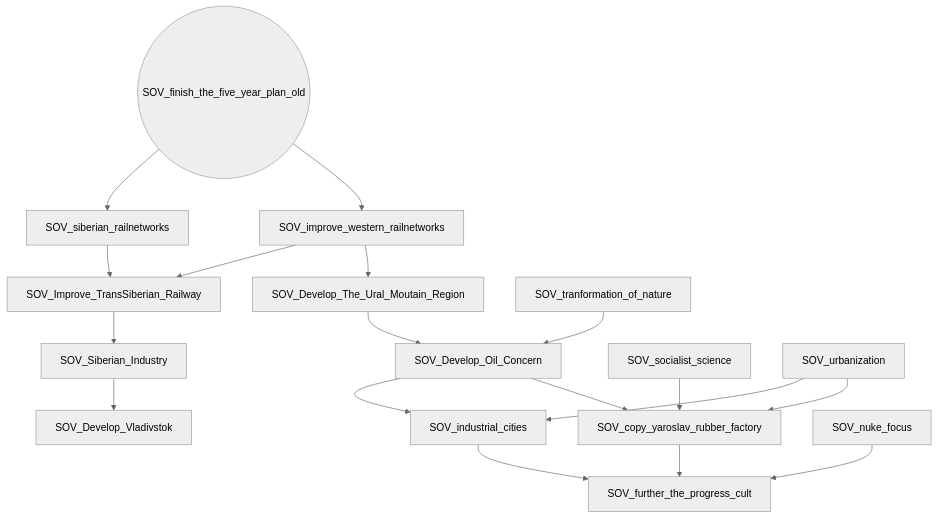
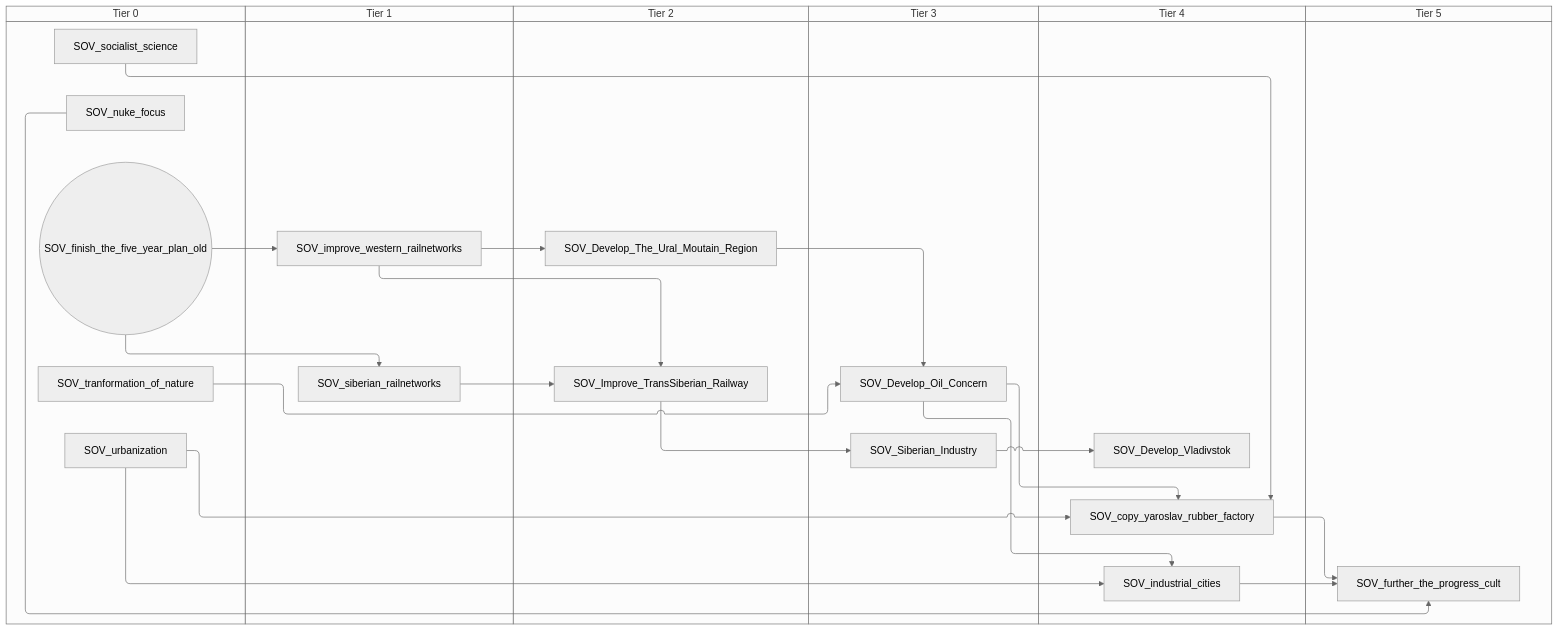
One commit to evgeny-sobol/hoi4-sandbox-mode-r56 changed the second of 10 diagrams in docs/gdd/National Focuses/soviet_old.md. Above: the diagram before and after it, drawn with Mermaid (neutral theme). The commit also changed other lines of this file and 423 other files, not shown here.

First line of the commit message:
Re-export Rt56 focus trees as swimlane diagrams

````diff
--- a/docs/gdd/National Focuses/soviet_old.md
+++ b/docs/gdd/National Focuses/soviet_old.md
@@ -42,35 +54,47 @@
 ```mermaid
-flowchart TD
-    n1["SOV_Develop_Oil_Concern"]
-    n16["SOV_Develop_The_Ural_Moutain_Region"]
-    n17["SOV_Develop_Vladivstok"]
-    n18["SOV_Improve_TransSiberian_Railway"]
-    n19["SOV_Siberian_Industry"]
-    n6["SOV_copy_yaroslav_rubber_factory"]
-    n20(("SOV_finish_the_five_year_plan_old"))
-    n7["SOV_further_the_progress_cult"]
-    n21["SOV_improve_western_railnetworks"]
-    n8["SOV_industrial_cities"]
-    n9["SOV_nuke_focus"]
-    n22["SOV_siberian_railnetworks"]
-    n12["SOV_socialist_science"]
-    n23["SOV_tranformation_of_nature"]
-    n13["SOV_urbanization"]
-    n23 --> n1
-    n16 --> n1
-    n21 --> n16
-    n19 --> n17
-    n21 --> n18
-    n22 --> n18
-    n18 --> n19
-    n12 --> n6
-    n13 --> n6
-    n1 --> n6
-    n8 --> n7
-    n9 --> n7
-    n6 --> n7
-    n20 --> n21
-    n13 --> n8
-    n1 --> n8
-    n20 --> n22
+swimlane-beta TD
+    subgraph tier_0["Tier 0"]
+        n16(("SOV_finish_the_five_year_plan_old"))
+        n14["SOV_nuke_focus"]
+        n11["SOV_socialist_science"]
+        n17["SOV_tranformation_of_nature"]
+        n4["SOV_urbanization"]
+    end
+    subgraph tier_1["Tier 1"]
+        n18["SOV_improve_western_railnetworks"]
+        n19["SOV_siberian_railnetworks"]
+    end
+    subgraph tier_2["Tier 2"]
+        n20["SOV_Develop_The_Ural_Moutain_Region"]
+        n21["SOV_Improve_TransSiberian_Railway"]
+    end
+    subgraph tier_3["Tier 3"]
+        n1["SOV_Develop_Oil_Concern"]
+        n22["SOV_Siberian_Industry"]
+    end
+    subgraph tier_4["Tier 4"]
+        n23["SOV_Develop_Vladivstok"]
+        n13["SOV_copy_yaroslav_rubber_factory"]
+        n3["SOV_industrial_cities"]
+    end
+    subgraph tier_5["Tier 5"]
+        n15["SOV_further_the_progress_cult"]
+    end
+    n17 --> n1
+    n20 --> n1
+    n18 --> n20
+    n22 --> n23
+    n18 --> n21
+    n19 --> n21
+    n21 --> n22
+    n11 --> n13
+    n4 --> n13
+    n1 --> n13
+    n3 --> n15
+    n14 --> n15
+    n13 --> n15
+    n16 --> n18
+    n4 --> n3
+    n1 --> n3
+    n16 --> n19
 ```
````
